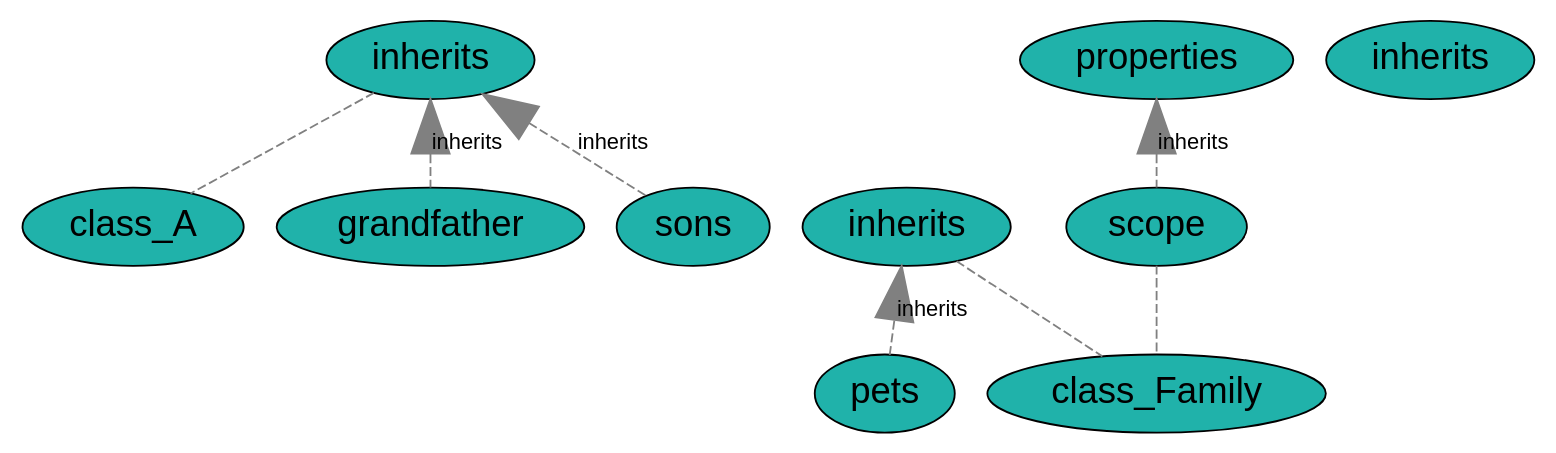
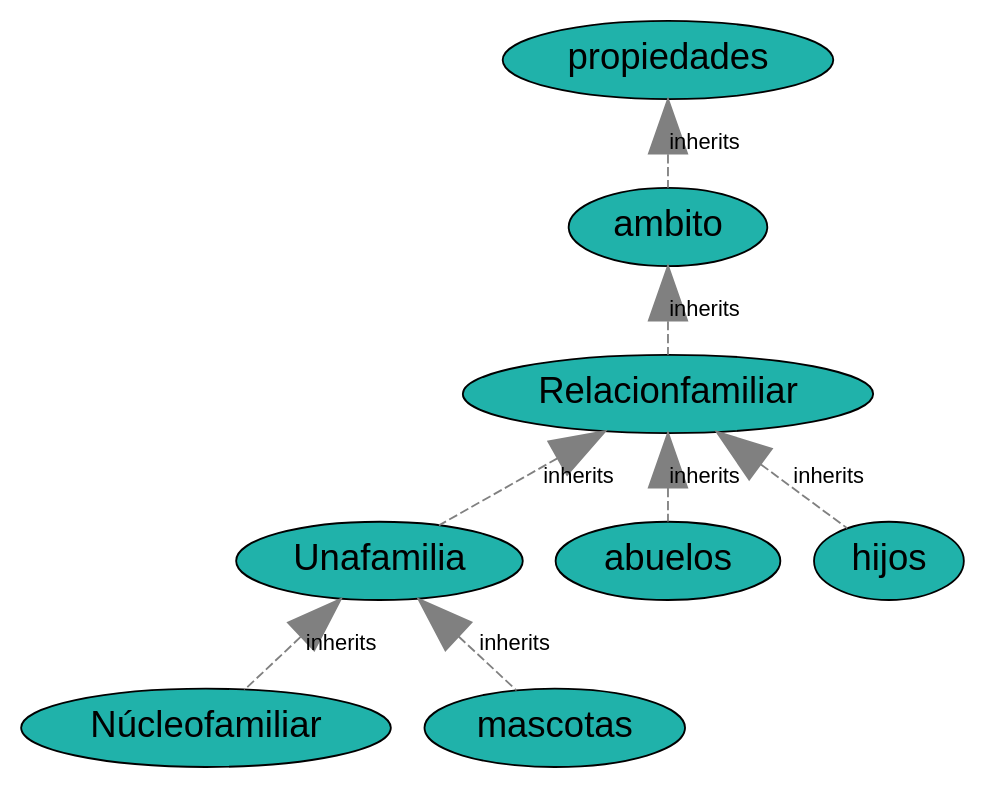
One commit to JuanCasado/Lenguajes changed the diagram in Output/parametros_dot12_properties.dot. Above: the diagram before and after it, drawn with Graphviz. The commit also changed 13 other files, not shown here.

```diff
--- a/Output/parametros_dot12_properties.dot
+++ b/Output/parametros_dot12_properties.dot
@@ -1,50 +1,50 @@
 graph properties{
 	//Defecto
 	node [fontname="Arial"];
 	edge [fontname="Arial",fontsize=12];
 
 	//PROPERTIES
 	node[fontsize="10", fillcolor="lightgoldenrodyellow", style="filled", shape="record", ]
 
 	
 
 	//CLASES
 	node[fontsize="20", fillcolor="lightseagreen", style="filled", shape="ellipse", ]
 
 	
-	class_A family [label="A family"];
-	class_Family core [label="Family core"];
-	class_grandfather [label="grandfather"];
-	class_sons [label="sons"];
-	class_properties [label="properties"];
-	class_Family relationships [label="Family relationships"];
-	class_pets [label="pets"];
-	class_scope [label="scope"];
+	class_Unafamilia [label="Unafamilia"];
+	class_Núcleofamiliar [label="Núcleofamiliar"];
+	class_abuelos [label="abuelos"];
+	class_hijos [label="hijos"];
+	class_propiedades [label="propiedades"];
+	class_Relacionfamiliar [label="Relacionfamiliar"];
+	class_mascotas [label="mascotas"];
+	class_ambito [label="ambito"];
 
 	//RELACIONES
 	node[fontsize="15", fillcolor="paleturquoise", style="filled", shape="hexagon", ]
 
 
 	//CLASE -- PROPIEDAD
 	edge[len="3", style="dashed", color="grey", ]
 
 
 	//RELACION -- PROPIEDAD
 
 	// uso indirecto de definición de tipos
 
 	// asociaciones a través de atributos marcadas de forma directa
 
 	// herencias
-	class_properties -- class_scope [arrowsize="3", arrowhead="normal", dir="back", label="inherits"];
-	class_scope -- class_Family relationships [arrowsize="3", arrowhead="normal", dir="back", label="inherits"];
-	class_Family relationships -- class_A family [arrowsize="3", arrowhead="normal", dir="back", label="inherits"];
-	class_A family -- class_Family core [arrowsize="3", arrowhead="normal", dir="back", label="inherits"];
-	class_Family relationships -- class_grandfather [arrowsize="3", arrowhead="normal", dir="back", label="inherits"];
-	class_Family relationships -- class_sons [arrowsize="3", arrowhead="normal", dir="back", label="inherits"];
-	class_A family -- class_pets [arrowsize="3", arrowhead="normal", dir="back", label="inherits"];
+	class_propiedades -- class_ambito [arrowsize="3", arrowhead="normal", dir="back", label="inherits"];
+	class_ambito -- class_Relacionfamiliar [arrowsize="3", arrowhead="normal", dir="back", label="inherits"];
+	class_Relacionfamiliar -- class_Unafamilia [arrowsize="3", arrowhead="normal", dir="back", label="inherits"];
+	class_Unafamilia -- class_Núcleofamiliar [arrowsize="3", arrowhead="normal", dir="back", label="inherits"];
+	class_Relacionfamiliar -- class_abuelos [arrowsize="3", arrowhead="normal", dir="back", label="inherits"];
+	class_Relacionfamiliar -- class_hijos [arrowsize="3", arrowhead="normal", dir="back", label="inherits"];
+	class_Unafamilia -- class_mascotas [arrowsize="3", arrowhead="normal", dir="back", label="inherits"];
 
 	// enlaces de relaciones
 	edge[len="2",penwidth="3",color="blue"]
 
 }
```
